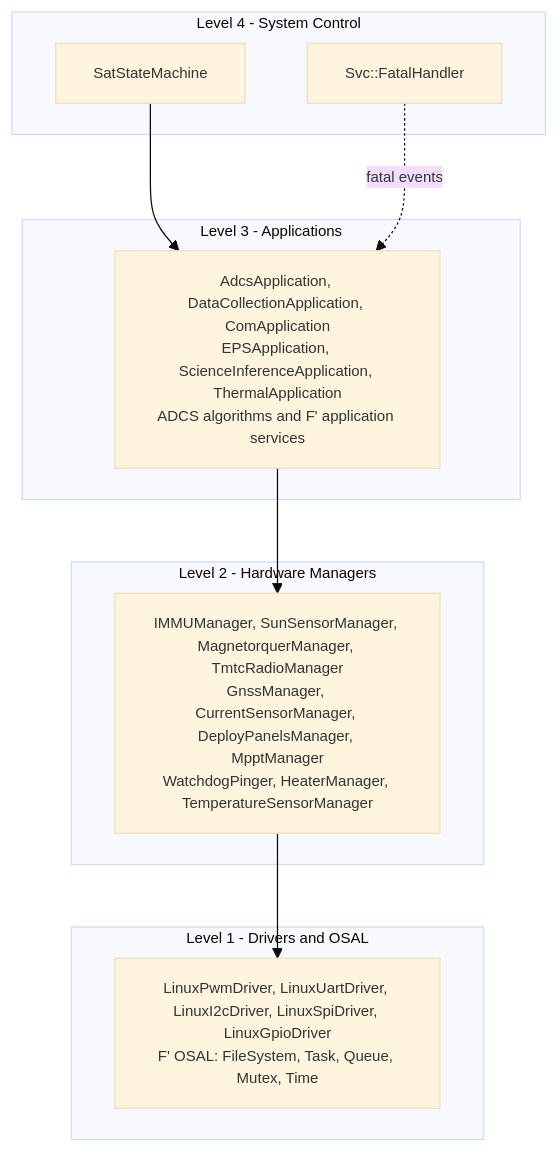
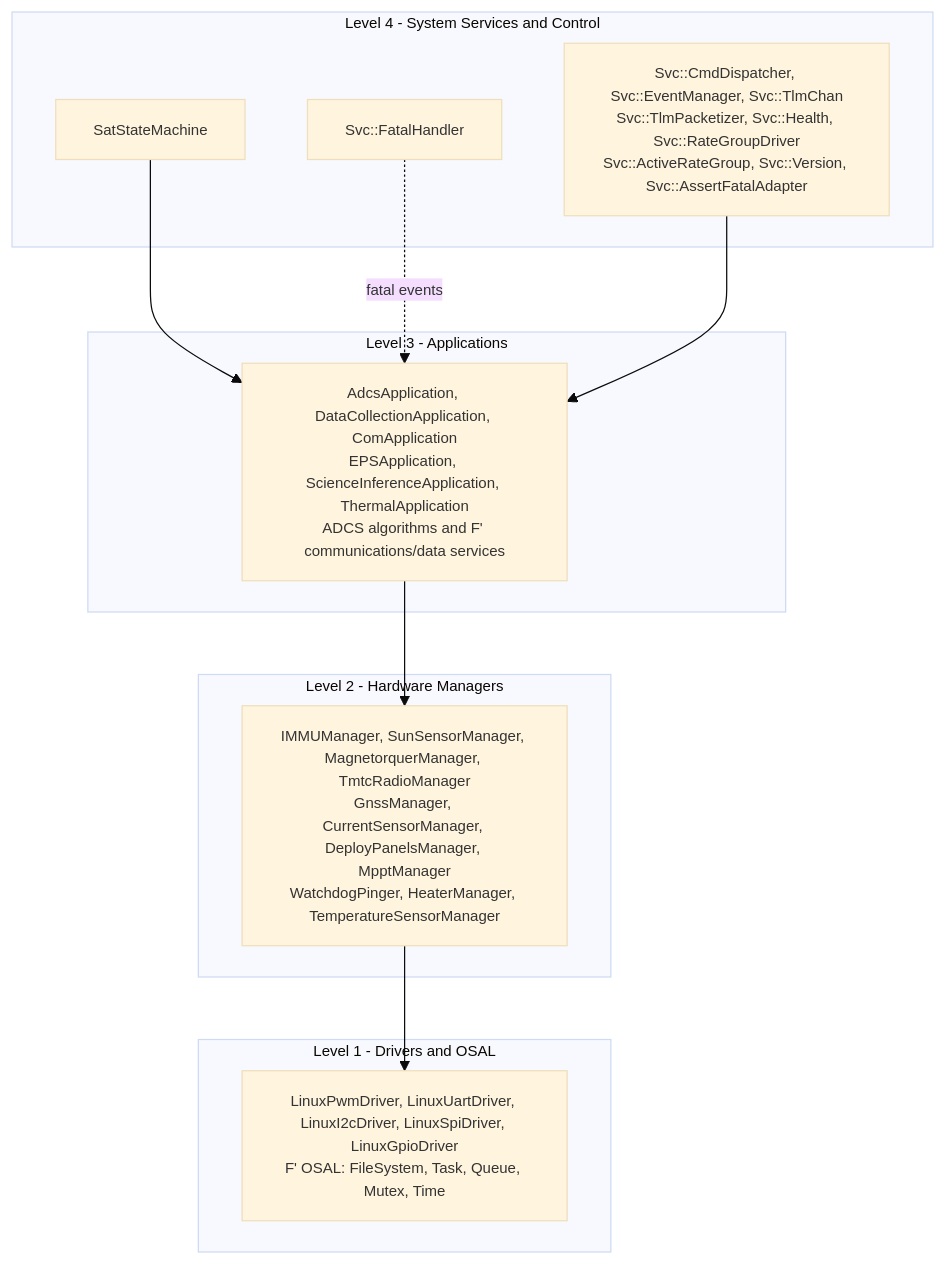
One commit to UWCubeSat/hs2-software-design changed the diagram in docs/Reference/Introduction/SoftwareTopology.qmd. Above: the diagram before and after it, drawn with Mermaid. The commit also changed 47 other files, not shown here.

````diff
--- a/docs/Reference/Introduction/SoftwareTopology.qmd
+++ b/docs/Reference/Introduction/SoftwareTopology.qmd
@@ -7,25 +7,27 @@
 ```{mermaid}
 %%{init: {'theme': 'base', 'themeVariables': {'fontSize': '12px'}}}%%
 flowchart TB
-    subgraph L4["Level 4 - System Control"]
+    subgraph L4["Level 4 - System Services and Control"]
         SS["SatStateMachine"]
         FH["Svc::FatalHandler"]
+        SYS["Svc::CmdDispatcher, Svc::EventManager, Svc::TlmChan<br/>Svc::TlmPacketizer, Svc::Health, Svc::RateGroupDriver<br/>Svc::ActiveRateGroup, Svc::Version, Svc::AssertFatalAdapter"]
     end
 
     subgraph L3["Level 3 - Applications"]
-        APP["AdcsApplication, DataCollectionApplication, ComApplication<br/>EPSApplication, ScienceInferenceApplication, ThermalApplication<br/>ADCS algorithms and F' application services"]
+        APP["AdcsApplication, DataCollectionApplication, ComApplication<br/>EPSApplication, ScienceInferenceApplication, ThermalApplication<br/>ADCS algorithms and F' communications/data services"]
     end
 
     subgraph L2["Level 2 - Hardware Managers"]
         MGR["IMMUManager, SunSensorManager, MagnetorquerManager, TmtcRadioManager<br/>GnssManager, CurrentSensorManager, DeployPanelsManager, MpptManager<br/>WatchdogPinger, HeaterManager, TemperatureSensorManager"]
     end
 
     subgraph L1["Level 1 - Drivers and OSAL"]
         DRV["LinuxPwmDriver, LinuxUartDriver, LinuxI2cDriver, LinuxSpiDriver, LinuxGpioDriver<br/>F' OSAL: FileSystem, Task, Queue, Mutex, Time"]
     end
 
     SS --> APP
     FH -. fatal events .-> APP
+    SYS --> APP
     APP --> MGR
     MGR --> DRV
 ```
````
